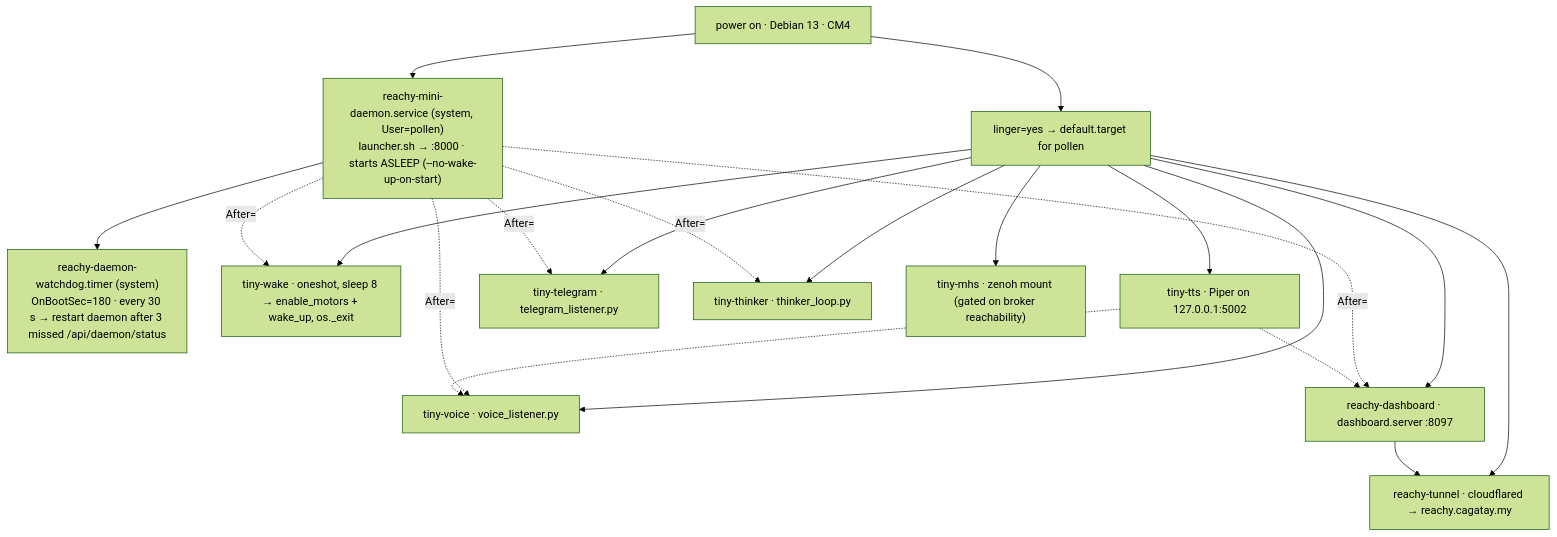
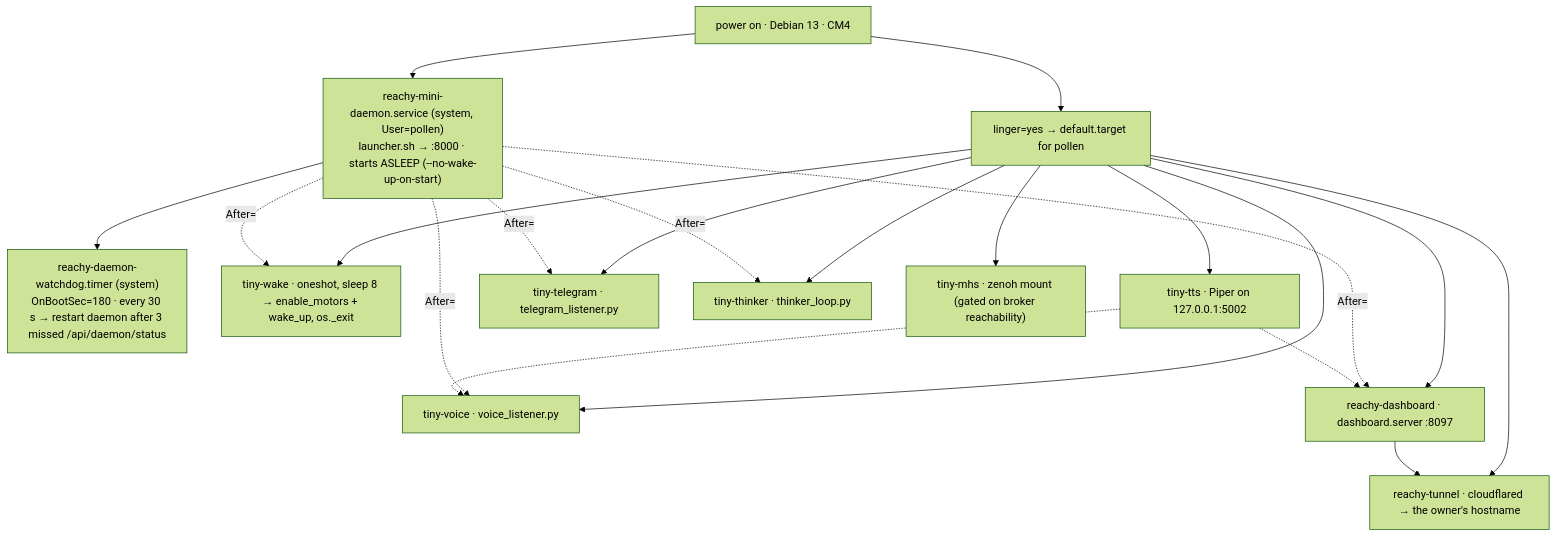
The diagram in docs/start/systemd.md (cagataycali/tiny-the-reachy), drawn with Mermaid (forest theme) before and after one commit. The commit also changed other lines of this file and 12 other files, not shown here.

````diff
--- a/docs/start/systemd.md
+++ b/docs/start/systemd.md
@@ -24,17 +24,17 @@
 ```mermaid
 flowchart TD
   P["power on · Debian 13 · CM4"] --> DAE["reachy-mini-daemon.service (system, User=pollen)<br/>launcher.sh → :8000 · starts ASLEEP (--no-wake-up-on-start)"]
   DAE --> WD["reachy-daemon-watchdog.timer (system)<br/>OnBootSec=180 · every 30 s → restart daemon after 3 missed /api/daemon/status"]
   P --> L["linger=yes → default.target for pollen"]
   L --> WAKE["tiny-wake · oneshot, sleep 8 → enable_motors + wake_up, os._exit"]
   L --> TTS["tiny-tts · Piper on 127.0.0.1:5002"]
   L --> V["tiny-voice · voice_listener.py"]
   L --> T["tiny-telegram · telegram_listener.py"]
   L --> K["tiny-thinker · thinker_loop.py"]
   L --> DASH["reachy-dashboard · dashboard.server :8097"]
-  L --> TUN["reachy-tunnel · cloudflared → reachy.cagatay.my"]
+  L --> TUN["reachy-tunnel · cloudflared → the owner's hostname"]
   L --> MHS["tiny-mhs · zenoh mount (gated on broker reachability)"]
   DAE -. After= .-> WAKE & V & T & K & DASH
   TTS -.-> V & DASH
   DASH --> TUN
 ```
````
